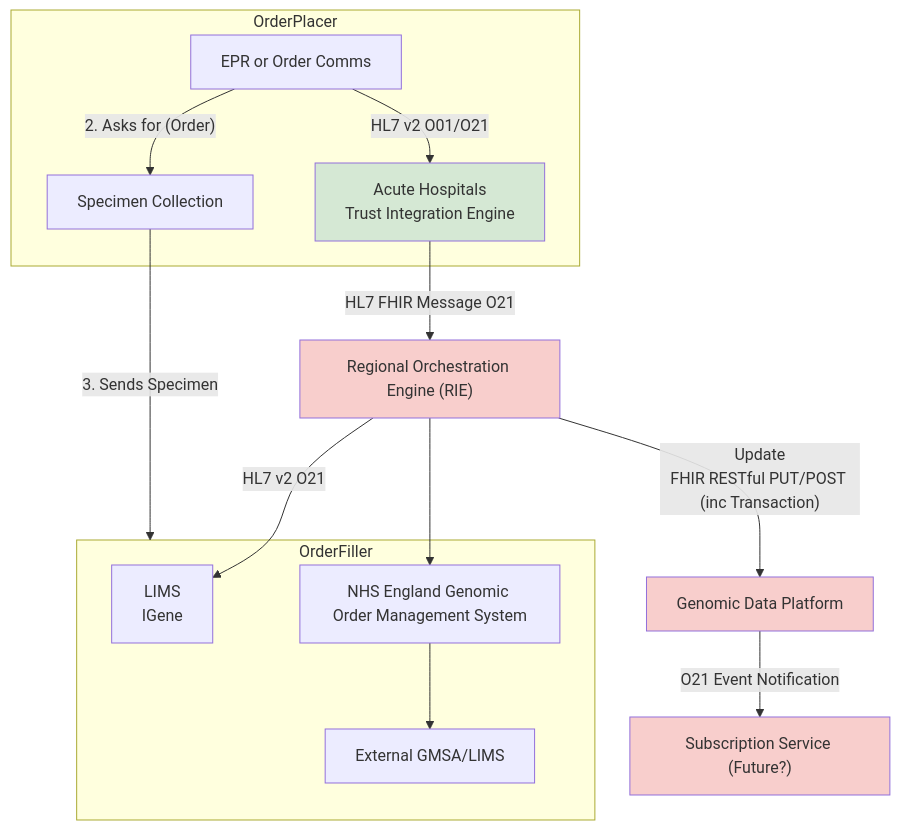
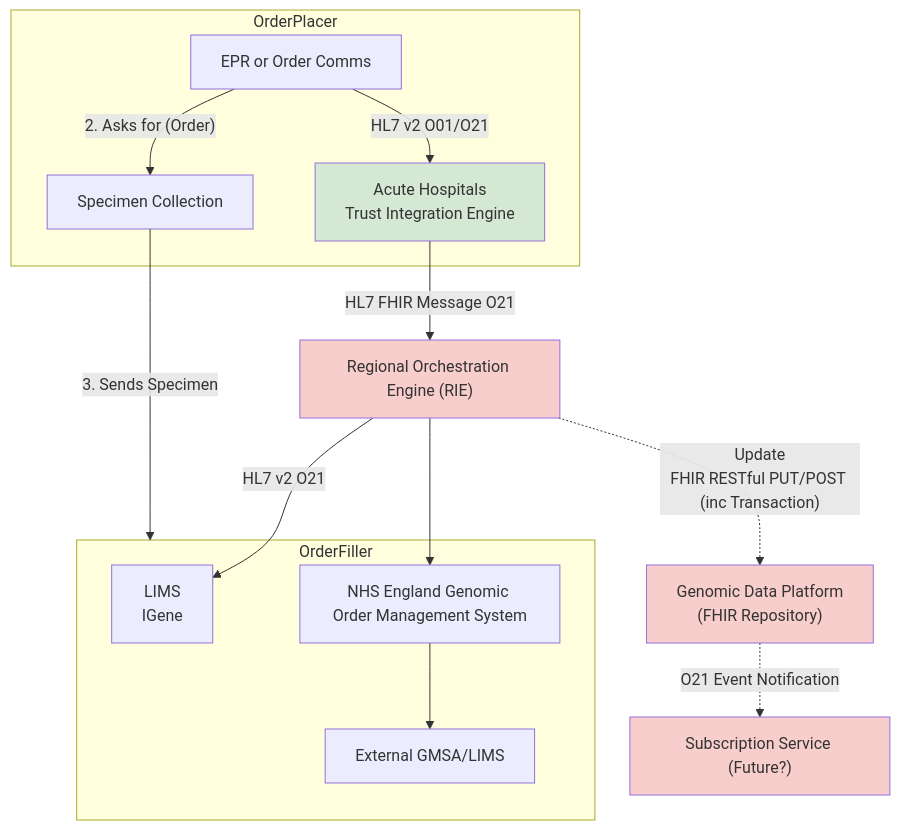
One commit to nw-gmsa/nw-gmsa.github.com changed the sixth of 15 diagrams in input/pagecontent/LTW.md. Above: the diagram before and after it, drawn with Mermaid. The commit also changed other lines of this file, not shown here.

````diff
--- a/input/pagecontent/LTW.md
+++ b/input/pagecontent/LTW.md
@@ -179,35 +179,35 @@
 ```mermaid
 graph TD;
     subgraph OrderPlacer;
         EHR["EPR or Order Comms"] 
         SpecimenCollection[Specimen Collection]
         OR[Acute Hospitals<br/>Trust Integration Engine]
         EHR --> |HL7 v2 O01/O21| OR
         EHR --> |"2. Asks for (Order)"| SpecimenCollection    
     end
 
     RIE["Regional Orchestration Engine (RIE)"]
-    GDP["Genomic Data Platform"]
+    GDP["Genomic Data Platform<br/>(FHIR Repository)"]
     PubSub["Subscription Service (Future?)"]
 
     subgraph OrderFiller;
         iGene[LIMS<br/>IGene]
         GOMS["NHS England Genomic Order Management System"] 
         ExtLIMS[External GMSA/LIMS]
     end 
 
     SpecimenCollection[Specimen Collection] --> |3. Sends Specimen| OrderFiller
     OR --> |HL7 FHIR Message O21| RIE
-    RIE --> |"Update<br/>FHIR RESTful PUT/POST (inc Transaction)"| GDP
+    RIE -.-> |"Update<br/>FHIR RESTful PUT/POST (inc Transaction)"| GDP
     RIE --> |HL7 v2 O21| iGene
     RIE --> GOMS
     GOMS --> ExtLIMS
-    GDP --> |O21 Event Notification| PubSub
+    GDP -.-> |O21 Event Notification| PubSub
     
     classDef green fill:#D5E8D4;
     classDef yellow fill:#FFF2CC;
     classDef pink fill:#F8CECC;
     class RIE,GDP,PubSub pink;
     class OR green;
 
 ```
````
